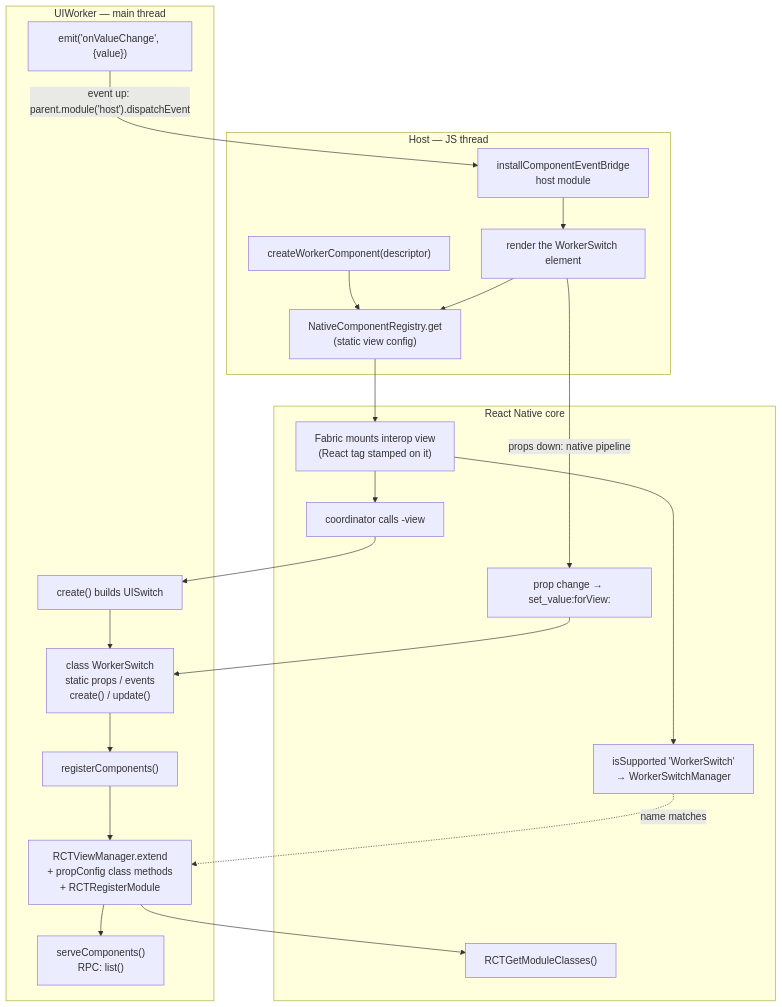
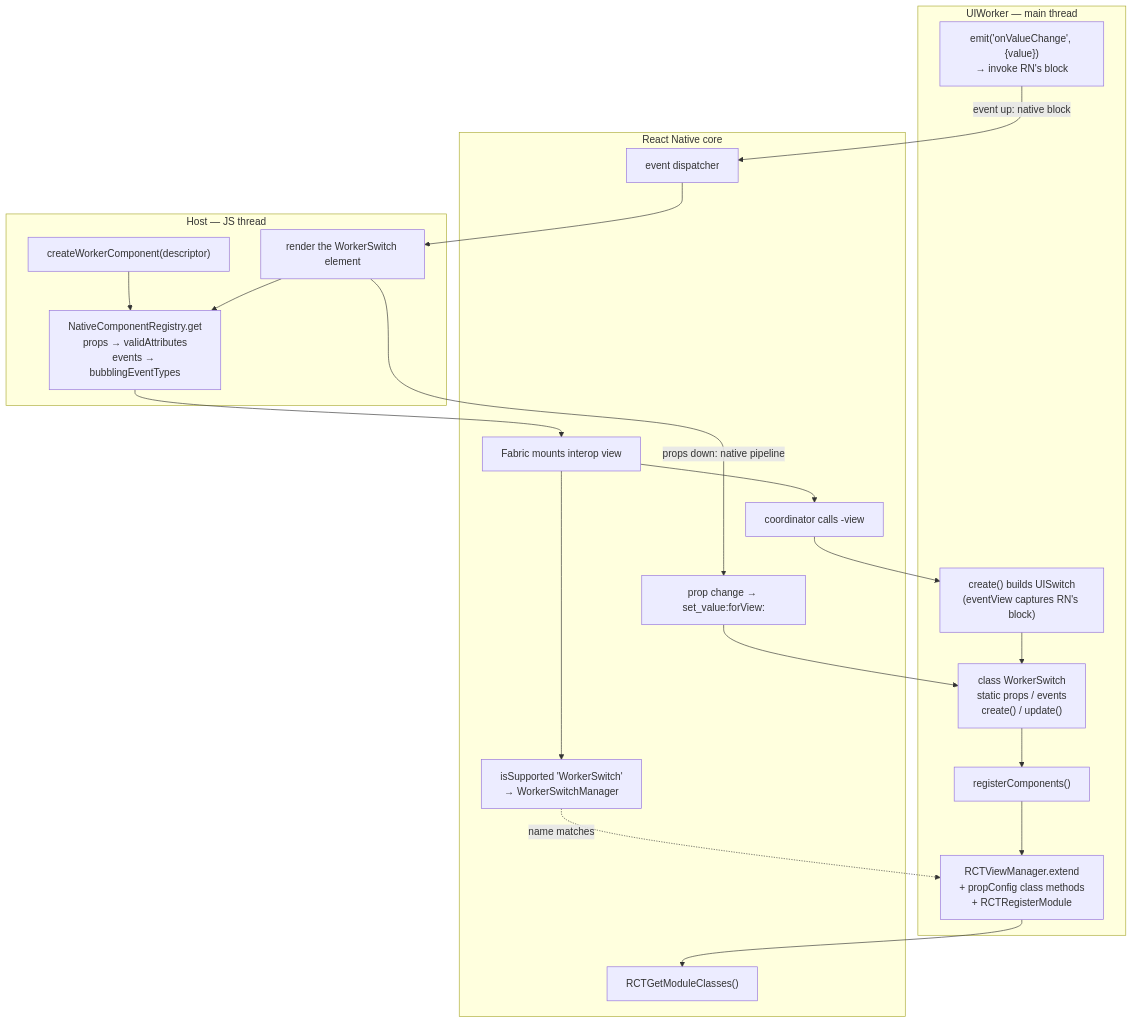
The diagram in docs/docs/tutorials/worker-native-components.md (ammarahm-ed/react-native-workers), drawn with Mermaid before and after one commit. The commit also changed other lines of this file and 6 other files, not shown here.

Commit message:
feat(example): native events via imp_implementationWithBlock (drop RPC event channel)

````diff
--- a/docs/docs/tutorials/worker-native-components.md
+++ b/docs/docs/tutorials/worker-native-components.md
@@ -309,35 +317,33 @@
 ```mermaid
 flowchart TB
   subgraph W["UIWorker — main thread"]
     WC["class WorkerSwitch<br/>static props / events<br/>create() / update()"]
     WR["registerComponents()"]
     WM["RCTViewManager.extend<br/>+ propConfig class methods<br/>+ RCTRegisterModule"]
-    WS["serveComponents()<br/>RPC: list()"]
-    WV["create() builds UISwitch"]
-    WE["emit('onValueChange', {value})"]
+    WV["create() builds UISwitch<br/>(eventView captures RN's block)"]
+    WE["emit('onValueChange', {value})<br/>→ invoke RN's block"]
   end
 
   subgraph RN["React Native core"]
     RG["RCTGetModuleClasses()"]
     RI["isSupported 'WorkerSwitch'<br/>→ WorkerSwitchManager"]
-    RM["Fabric mounts interop view<br/>(React tag stamped on it)"]
+    RM["Fabric mounts interop view"]
     RV["coordinator calls -view"]
     RP["prop change → set_value:forView:"]
+    RE["event dispatcher"]
   end
 
   subgraph H["Host — JS thread"]
     HR["createWorkerComponent(descriptor)"]
-    HG["NativeComponentRegistry.get<br/>(static view config)"]
+    HG["NativeComponentRegistry.get<br/>props → validAttributes<br/>events → bubblingEventTypes"]
     HJ["render the WorkerSwitch element"]
-    HB["installComponentEventBridge<br/>host module"]
   end
 
   WC --> WR --> WM --> RG
-  WM --> WS
   HR --> HG
   HJ --> HG --> RM --> RI
   RI -. name matches .-> WM
   RM --> RV --> WV --> WC
   HJ -- "props down: native pipeline" --> RP --> WC
-  WE -- "event up: parent.module('host').dispatchEvent" --> HB --> HJ
+  WE -- "event up: native block" --> RE --> HJ
 ```
````
